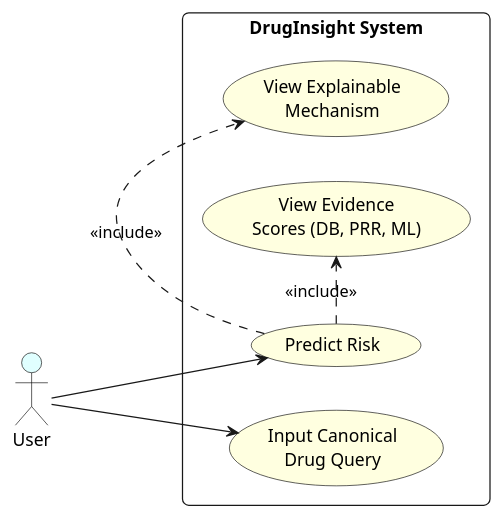
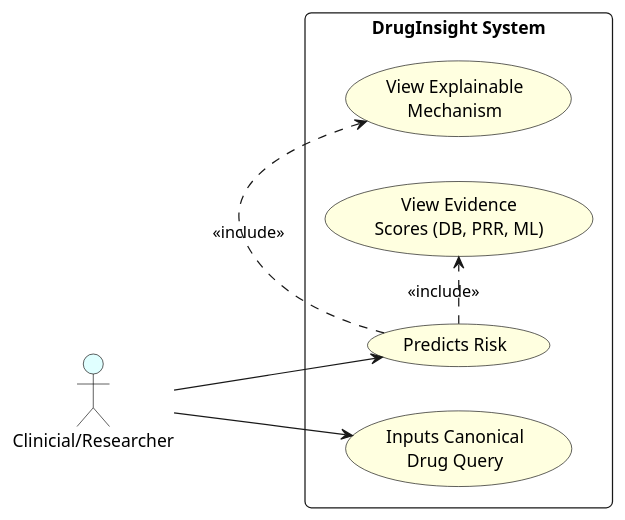
Before and after one commit to motassimkhan/DrugInsightv2: the diagram in presentation/diagram_use_case.puml, drawn with PlantUML. The commit also changed 11 other files, not shown here.

Commit message:
docs: add system diagrams, project documentation, and update IEEE paper draft

```diff
--- a/presentation/diagram_use_case.puml
+++ b/presentation/diagram_use_case.puml
@@ -1,27 +1,27 @@
 @startuml
 left to right direction
 skinparam packageStyle rectangle
 skinparam roundcorner 10
 skinparam actor {
     BackgroundColor LightCyan
     BorderColor Black
 }
 skinparam usecase {
     BackgroundColor LightYellow
     BorderColor Black
 }
 
-actor "User" as U
+actor "Clinicial/Researcher" as U
 
 rectangle "DrugInsight System" {
-  usecase "Input Canonical\nDrug Query" as UC1
-  usecase "Predict Risk" as UC2
+  usecase "Inputs Canonical\nDrug Query" as UC1
+  usecase "Predicts Risk" as UC2
   usecase "View Explainable\nMechanism" as UC3
   usecase "View Evidence\nScores (DB, PRR, ML)" as UC4
 }
 
 U --> UC1
 U --> UC2
 UC2 .> UC3 : <<include>>
 UC2 .> UC4 : <<include>>
 @enduml
```
